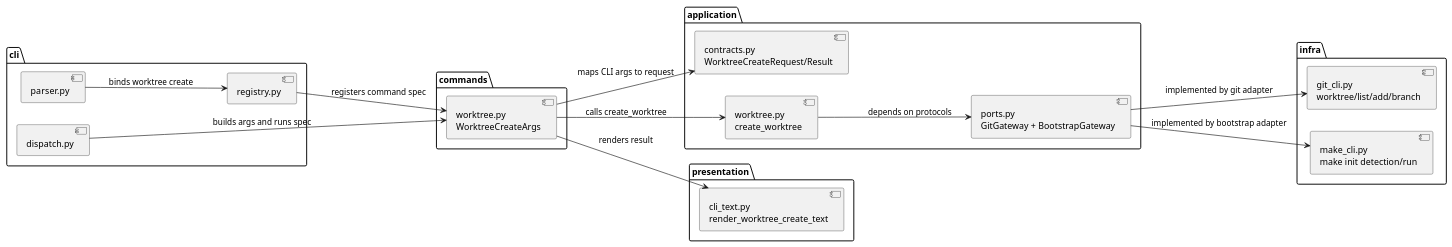
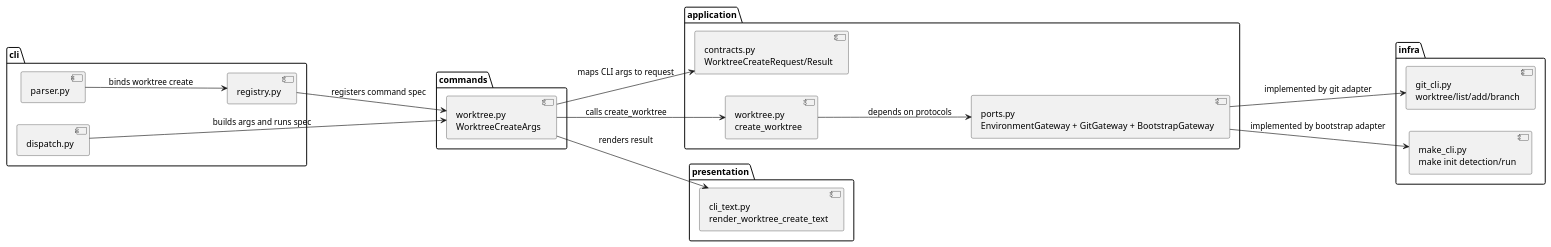
The first of 4 diagrams in spec-dock/initiatives/init-local-00002-prototype-feature-expansion/epics/epic-00107-worktree-provisioning/design.md (chemitaro/spec-dock), drawn with PlantUML before and after one commit. The commit also changed other lines of this file and 24 other files, not shown here.

````diff
--- a/spec-dock/initiatives/init-local-00002-prototype-feature-expansion/epics/epic-00107-worktree-provisioning/design.md
+++ b/spec-dock/initiatives/init-local-00002-prototype-feature-expansion/epics/epic-00107-worktree-provisioning/design.md
@@ -50,41 +50,41 @@
 ```plantuml
 @startuml
 skinparam monochrome true
 left to right direction
 
 package "cli" {
   [parser.py] as Parser
   [registry.py] as Registry
   [dispatch.py] as Dispatch
 }
 
 package "commands" {
   [worktree.py\nWorktreeCreateArgs] as Command
 }
 
 package "application" {
   [contracts.py\nWorktreeCreateRequest/Result] as Contracts
   [worktree.py\ncreate_worktree] as UseCase
-  [ports.py\nGitGateway + BootstrapGateway] as Ports
+  [ports.py\nEnvironmentGateway + GitGateway + BootstrapGateway] as Ports
 }
 
 package "infra" {
   [git_cli.py\nworktree/list/add/branch] as GitCli
   [make_cli.py\nmake init detection/run] as MakeCli
 }
 
 package "presentation" {
   [cli_text.py\nrender_worktree_create_text] as Presentation
 }
 
 Parser --> Registry : binds worktree create
 Registry --> Command : registers command spec
 Dispatch --> Command : builds args and runs spec
 Command --> Contracts : maps CLI args to request
 Command --> UseCase : calls create_worktree
 UseCase --> Ports : depends on protocols
 Ports --> GitCli : implemented by git adapter
 Ports --> MakeCli : implemented by bootstrap adapter
 Command --> Presentation : renders result
 @enduml
 ```
````
